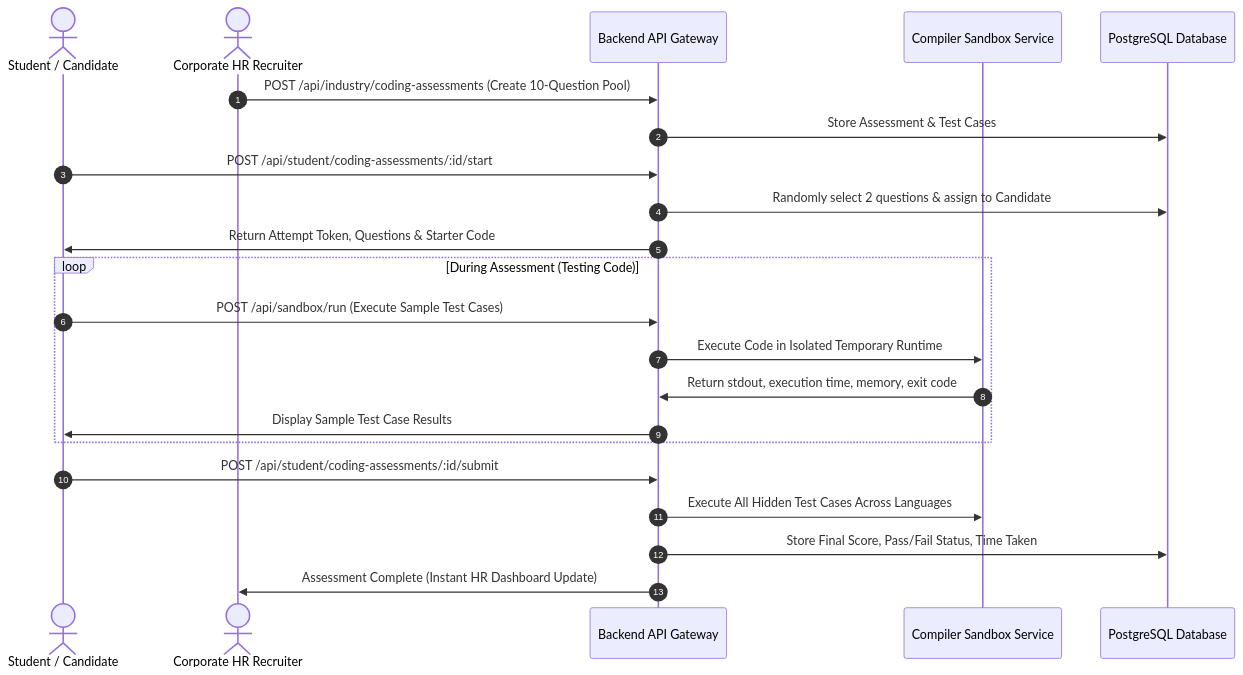
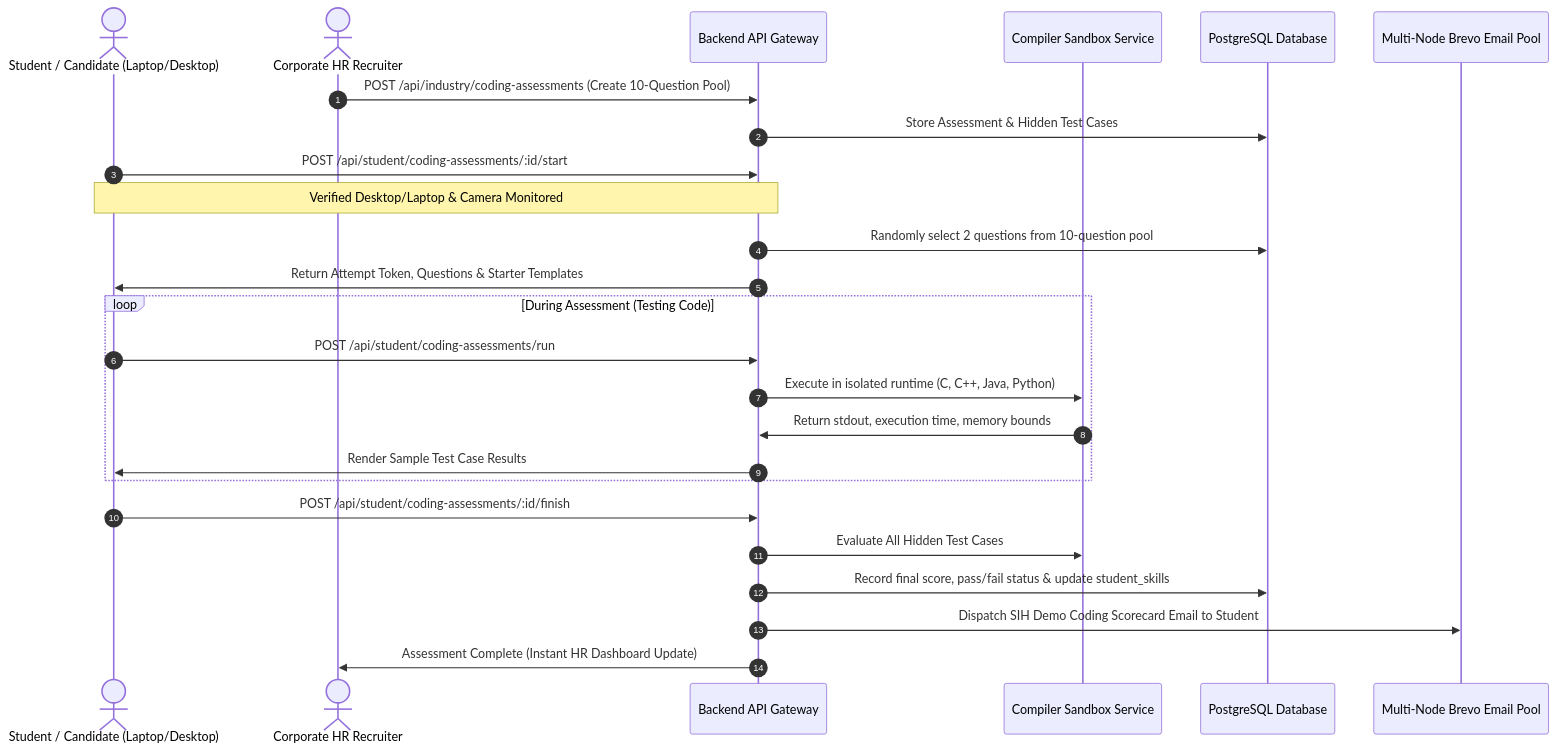
One commit to Tharun4743/taskmanager changed the fourth of 7 diagrams in README.md. Above: the diagram before and after it, drawn with Mermaid. The commit also changed other lines of this file, not shown here.

Commit message:
docs: comprehensive deep audit, architecture topologies, workflow diagrams, and security matrix

````diff
--- a/README.md
+++ b/README.md
@@ -218,28 +206,31 @@
 ```mermaid
 sequenceDiagram
     autonumber
-    actor Candidate as Student / Candidate
+    actor Candidate as Student / Candidate (Laptop/Desktop)
     actor HR as Corporate HR Recruiter
     participant Server as Backend API Gateway
     participant Sandbox as Compiler Sandbox Service
     participant DB as PostgreSQL Database
+    participant Email as Multi-Node Brevo Email Pool
 
     HR->>Server: POST /api/industry/coding-assessments (Create 10-Question Pool)
-    Server->>DB: Store Assessment & Test Cases
+    Server->>DB: Store Assessment & Hidden Test Cases
     
     Candidate->>Server: POST /api/student/coding-assessments/:id/start
-    Server->>DB: Randomly select 2 questions & assign to Candidate
-    Server->>Candidate: Return Attempt Token, Questions & Starter Code
+    Note over Candidate,Server: Verified Desktop/Laptop & Camera Monitored
+    Server->>DB: Randomly select 2 questions from 10-question pool
+    Server->>Candidate: Return Attempt Token, Questions & Starter Templates
     
     loop During Assessment (Testing Code)
-        Candidate->>Server: POST /api/sandbox/run (Execute Sample Test Cases)
-        Server->>Sandbox: Execute Code in Isolated Temporary Runtime
-        Sandbox->>Server: Return stdout, execution time, memory, exit code
-        Server->>Candidate: Display Sample Test Case Results
+        Candidate->>Server: POST /api/student/coding-assessments/run
+        Server->>Sandbox: Execute in isolated runtime (C, C++, Java, Python)
+        Sandbox->>Server: Return stdout, execution time, memory bounds
+        Server->>Candidate: Render Sample Test Case Results
     end
     
-    Candidate->>Server: POST /api/student/coding-assessments/:id/submit
-    Server->>Sandbox: Execute All Hidden Test Cases Across Languages
-    Server->>DB: Store Final Score, Pass/Fail Status, Time Taken
+    Candidate->>Server: POST /api/student/coding-assessments/:id/finish
+    Server->>Sandbox: Evaluate All Hidden Test Cases
+    Server->>DB: Record final score, pass/fail status & update student_skills
+    Server->>Email: Dispatch SIH Demo Coding Scorecard Email to Student
     Server->>HR: Assessment Complete (Instant HR Dashboard Update)
 ```
````
